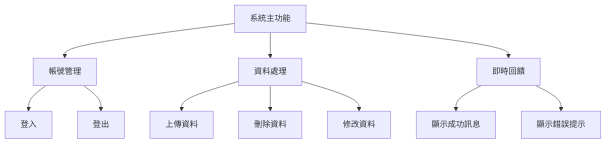
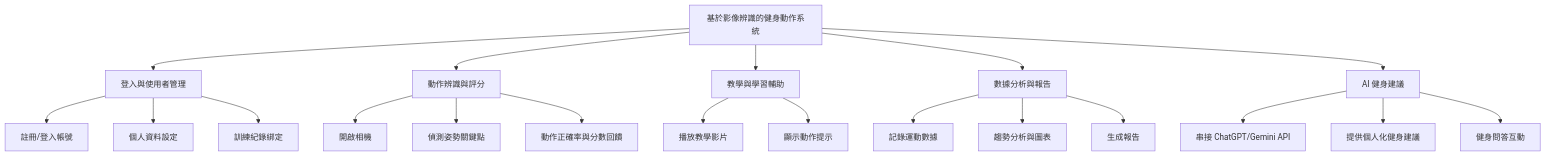
One commit to kyw012/team-project changed the first of 3 diagrams in hw3.md. Above: the diagram before and after it, drawn with Mermaid. The commit also changed other lines of this file, not shown here.

````diff
--- a/hw3.md
+++ b/hw3.md
@@ -21,16 +29,29 @@
 ```mermaid
 graph TD
-    A[系統主功能] --> B[帳號管理]
-    A --> C[資料處理]
-    A --> D[即時回饋]
+    A[基於影像辨識的健身動作系統]
     
-    B --> B1[登入]
-    B --> B2[登出]
+    A --> B[登入與使用者管理]
+    A --> C[動作辨識與評分]
+    A --> D[教學與學習輔助]
+    A --> E[數據分析與報告]
+    A --> F[AI 健身建議]
     
-    C --> C1[上傳資料]
-    C --> C2[刪除資料]
-    C --> C3[修改資料]
+    B --> B1[註冊/登入帳號]
+    B --> B2[個人資料設定]
+    B --> B3[訓練紀錄綁定]
     
-    D --> D1[顯示成功訊息]
-    D --> D2[顯示錯誤提示]
+    C --> C1[開啟相機]
+    C --> C2[偵測姿勢關鍵點]
+    C --> C3[動作正確率與分數回饋]
+    
+    D --> D1[播放教學影片]
+    D --> D2[顯示動作提示]
+    
+    E --> E1[記錄運動數據]
+    E --> E2[趨勢分析與圖表]
+    E --> E3[生成報告]
+    
+    F --> F1[串接 ChatGPT/Gemini API]
+    F --> F2[提供個人化健身建議]
+    F --> F3[健身問答互動]
 ```
````
